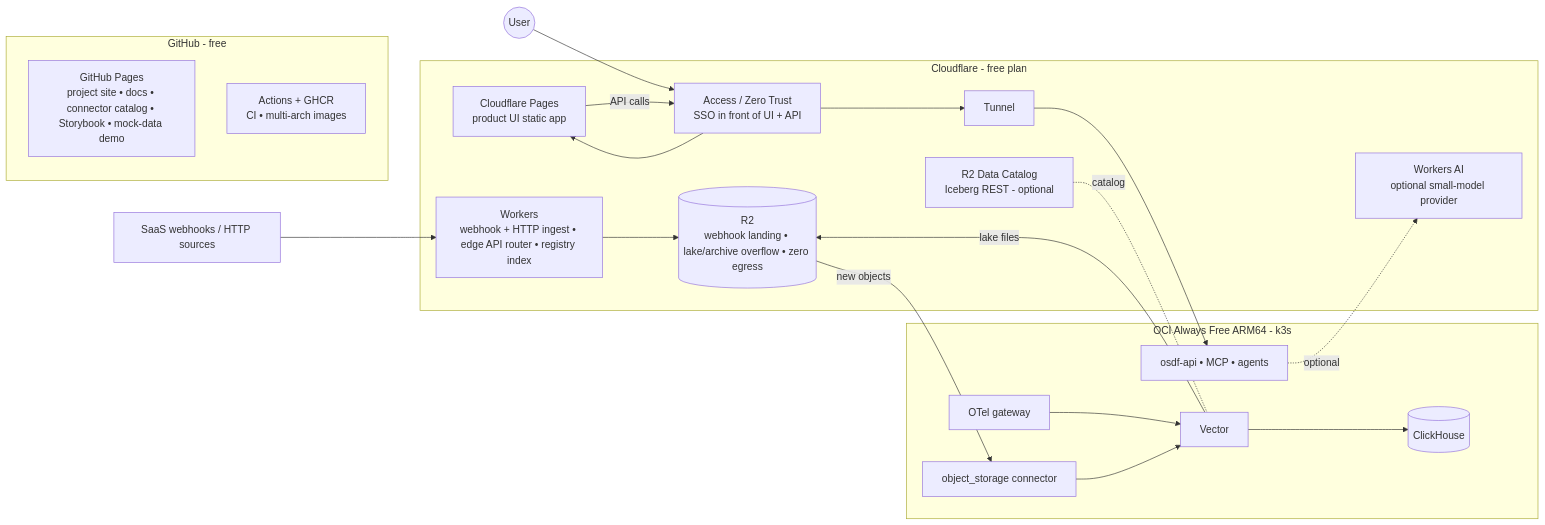
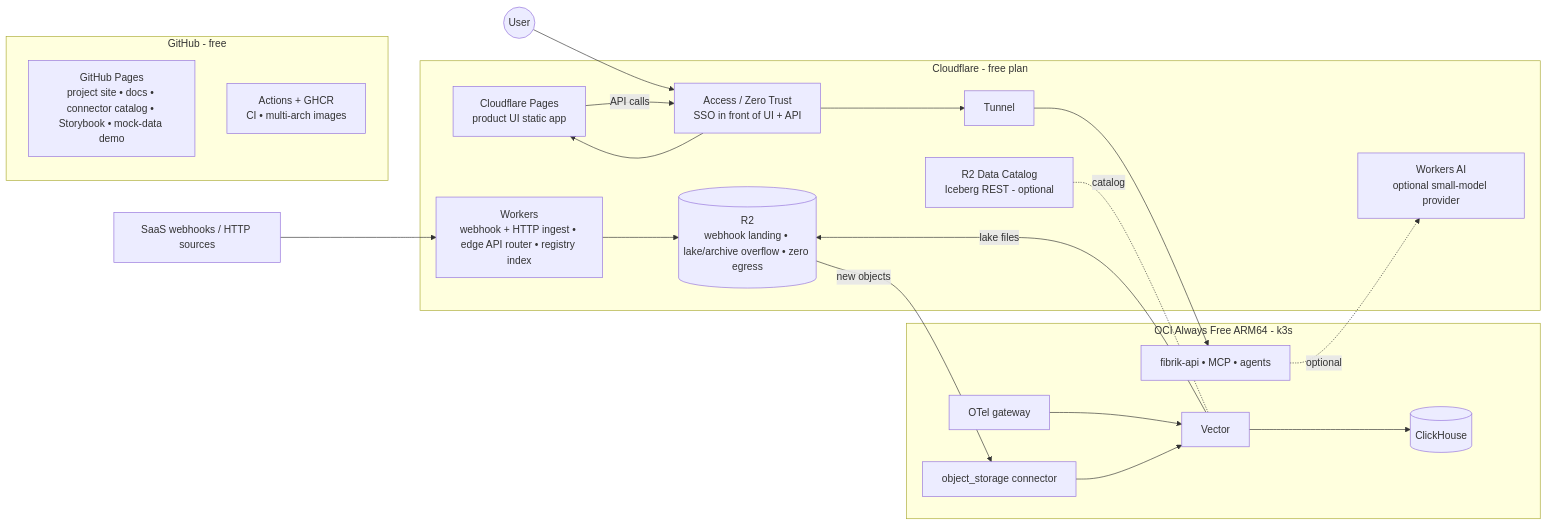
One commit to SClinton/fibrik changed the diagram in zero-cost-mvp.md. Above: the diagram before and after it, drawn with Mermaid. The commit also changed other lines of this file and 9 other files, not shown here.

First line of the commit message:
Rename project from OSDF to Fibrik

````diff
--- a/zero-cost-mvp.md
+++ b/zero-cost-mvp.md
@@ -132,28 +132,28 @@
 ```mermaid
 flowchart LR
   subgraph GH[GitHub - free]
     GP[GitHub Pages<br/>project site • docs • connector catalog • Storybook • mock-data demo]
     GA[Actions + GHCR<br/>CI • multi-arch images]
   end
   subgraph CF[Cloudflare - free plan]
     PG[Cloudflare Pages<br/>product UI static app]
     ACC[Access / Zero Trust<br/>SSO in front of UI + API]
     WK[Workers<br/>webhook + HTTP ingest • edge API router • registry index]
     R2[(R2<br/>webhook landing • lake/archive overflow • zero egress)]
     R2C[R2 Data Catalog<br/>Iceberg REST - optional]
     TUN[Tunnel]
     WAI[Workers AI<br/>optional small-model provider]
   end
   subgraph OCI[OCI Always Free ARM64 - k3s]
     OT[OTel gateway] --> V[Vector] --> CH[(ClickHouse)]
-    API[osdf-api • MCP • agents]
+    API[fibrik-api • MCP • agents]
     OBJ[object_storage connector]
   end
   SaaS[SaaS webhooks / HTTP sources] --> WK --> R2
   R2 -- new objects --> OBJ --> V
   User((User)) --> ACC --> PG
   PG -- API calls --> ACC --> TUN --> API
   V -- lake files --> R2
   R2C -. catalog .- V
   API -. optional .-> WAI
 ```
````
